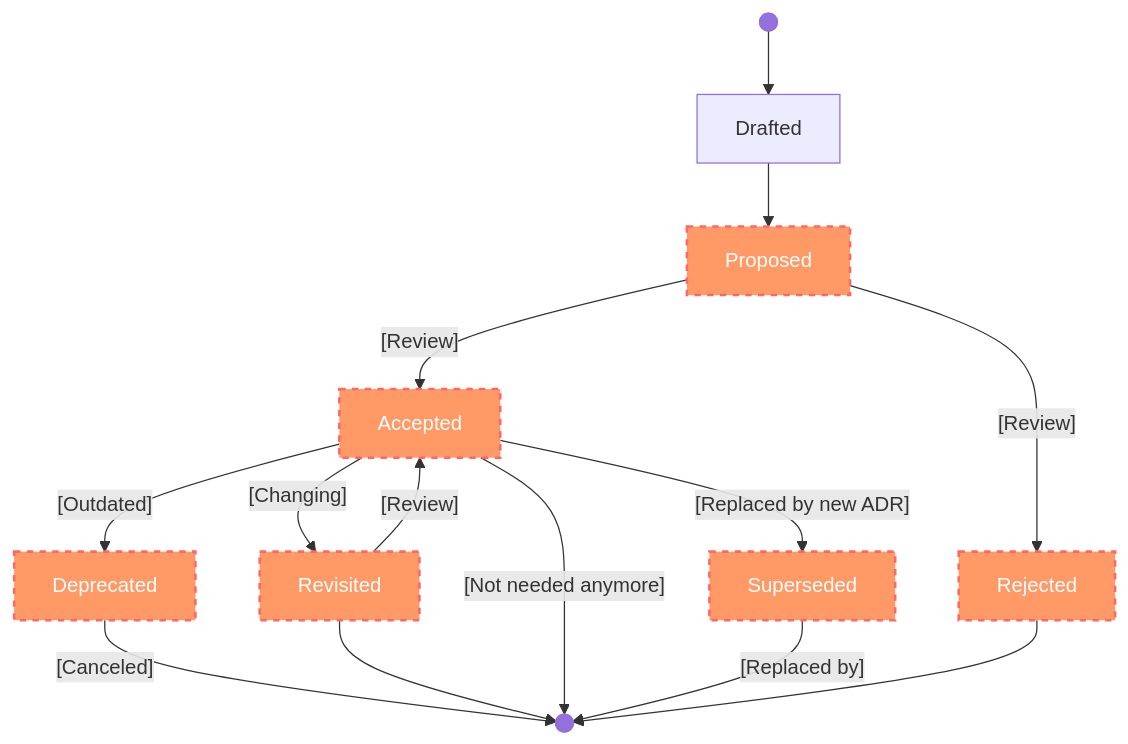
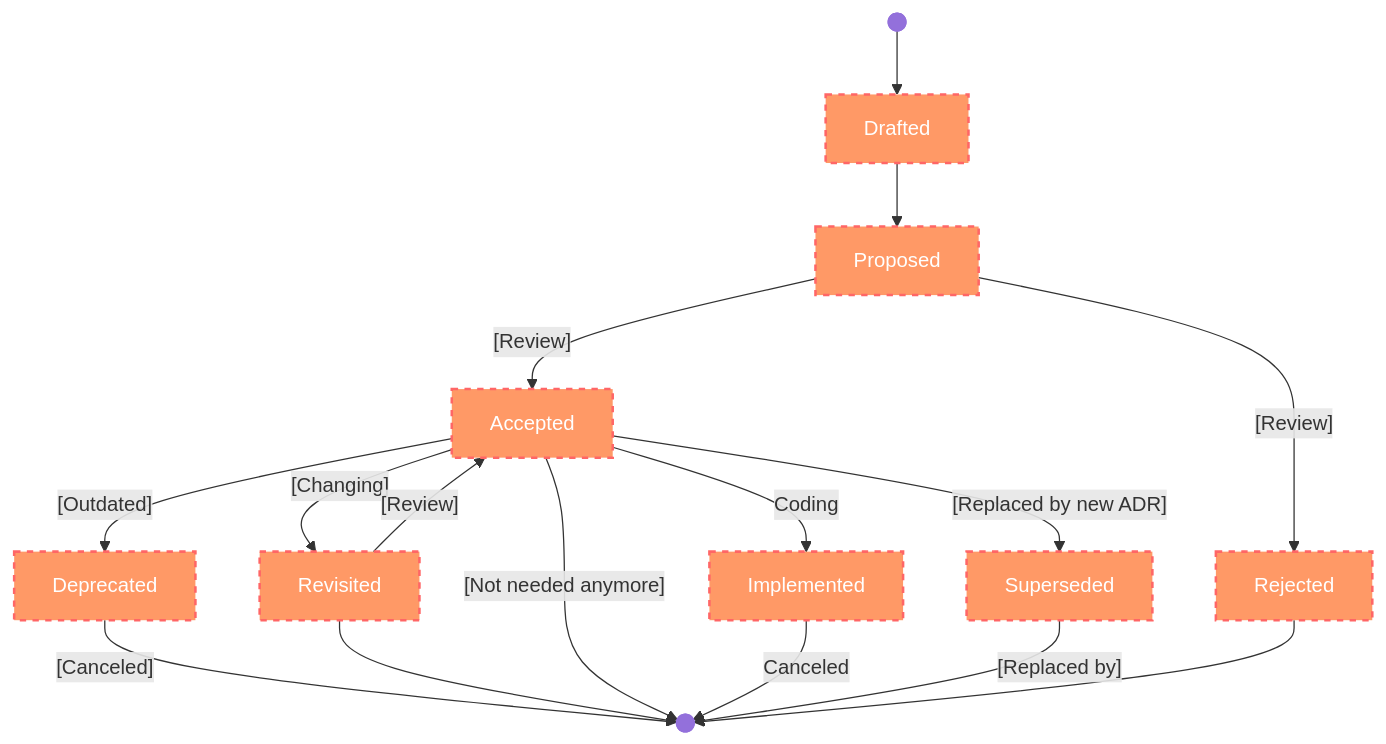
The diagram in ADR-Template.md (rossbachp/DeciCollab), drawn with Mermaid before and after one commit. The commit also changed 1 other file, not shown here.

Commit message:
Add: Implemented

````diff
--- a/ADR-Template.md
+++ b/ADR-Template.md
@@ -54,22 +54,24 @@
 ```mermaid
 flowchart TD
     Start --> Drafted
     Drafted --> Proposed
     Proposed    -- [Review] --> Accepted
     Proposed    -- [Review] --> Rejected
     Accepted    -- [Changing] --> Revisited
     Revisited   -- [Review] --> Accepted
     Accepted    -- [Outdated] --> Deprecated
     Accepted    -- [Replaced by new ADR] --> Superseded
     Deprecated  -- [Canceled] --> End
     Revisited   --> End
     Accepted    -- [Not needed anymore] --> End
+    Accepted     -- Coding --> Implemented
+    Implemented -- Canceled --> End
     Superseded  -- [Replaced by] --> End
     Rejected    --> End
 
     Start@{ shape: f-circ, label: "Start" }
     End@{ shape: f-circ, label: "End" }
 
 classDef state fill:#f96,stroke:#f66,stroke-width:2px,color:#fff,stroke-dasharray: 5 5
-class Proposed,Accepted,Rejected,Revisited,Deprecated,Deprecated,Decied,Superseded state;
+class Drafted,Proposed,Accepted,Rejected,Revisited,Deprecated,Deprecated,Decied,Superseded,Implemented state;
 ```
````
